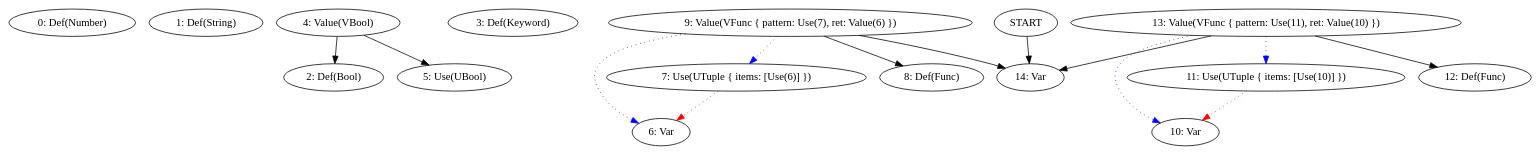
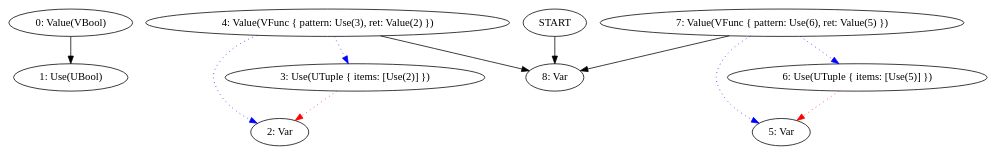
Before and after one commit to frondeus/project-s: the first of 3 diagrams in docs/log/2025-06-21.md, drawn with Graphviz. The commit also changed other lines of this file and 31 other files, not shown here.

````diff
--- a/docs/log/2025-06-21.md
+++ b/docs/log/2025-06-21.md
@@ -56,33 +56,24 @@
-```graphviz
+```graphviz ignore
 digraph G {
-N0 [label="0: Def(Number)"];
-N1 [label="1: Def(String)"];
-N2 [label="2: Def(Bool)"];
-N3 [label="3: Def(Keyword)"];
-N4 [label="4: Value(VBool)"];
-N5 [label="5: Use(UBool)"];
-N6 [label="6: Var"];
-N7 [label="7: Use(UTuple { items: [Use(6)] })"];
-N8 [label="8: Def(Func)"];
-N9 [label="9: Value(VFunc { pattern: Use(7), ret: Value(6) })"];
-N10 [label="10: Var"];
-N11 [label="11: Use(UTuple { items: [Use(10)] })"];
-N12 [label="12: Def(Func)"];
-N13 [label="13: Value(VFunc { pattern: Use(11), ret: Value(10) })"];
-N14 [label="14: Var"];
-START -> N14
-N7 -> N6 [color=red, style=dotted];
-N9 -> N7 [color=blue, style=dotted];
-N9 -> N6 [color=blue, style=dotted];
-N11 -> N10 [color=red, style=dotted];
-N13 -> N11 [color=blue, style=dotted];
-N13 -> N10 [color=blue, style=dotted];
-N4 -> N2;
-N4 -> N5;
-N9 -> N8;
-N9 -> N14;
-N13 -> N12;
-N13 -> N14;
+N0 [label="0: Value(VBool)"];
+N1 [label="1: Use(UBool)"];
+N2 [label="2: Var"];
+N3 [label="3: Use(UTuple { items: [Use(2)] })"];
+N4 [label="4: Value(VFunc { pattern: Use(3), ret: Value(2) })"];
+N5 [label="5: Var"];
+N6 [label="6: Use(UTuple { items: [Use(5)] })"];
+N7 [label="7: Value(VFunc { pattern: Use(6), ret: Value(5) })"];
+N8 [label="8: Var"];
+START -> N8
+N3 -> N2 [color=red, style=dotted];
+N4 -> N3 [color=blue, style=dotted];
+N4 -> N2 [color=blue, style=dotted];
+N6 -> N5 [color=red, style=dotted];
+N7 -> N6 [color=blue, style=dotted];
+N7 -> N5 [color=blue, style=dotted];
+N0 -> N1;
+N4 -> N8;
+N7 -> N8;
 }
 
 ```
````
